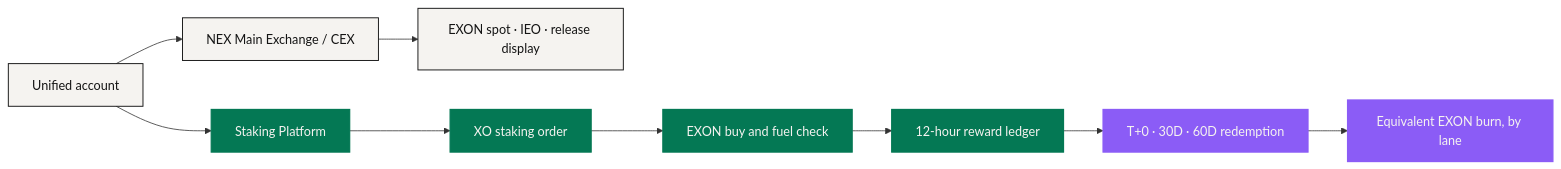
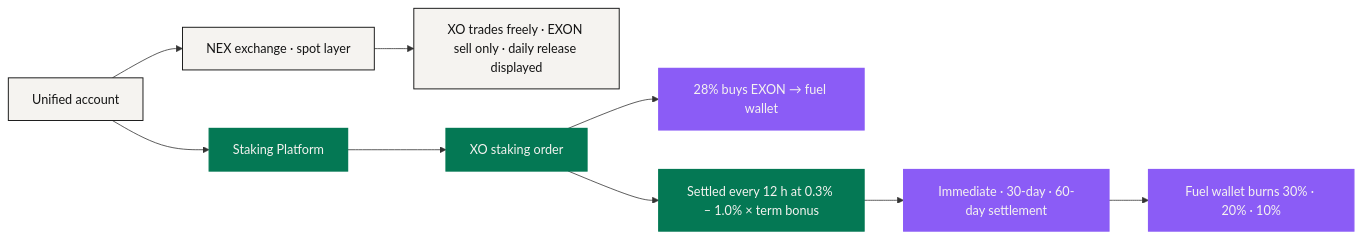
Before and after one commit to NEXONMarkets/NEXON-Whitepaper: the diagram in docs/en/03-architecture/trust-and-bonding.md, drawn with Mermaid. The commit also changed other lines of this file and 79 other files, not shown here.

````diff
--- a/docs/en/03-architecture/trust-and-bonding.md
+++ b/docs/en/03-architecture/trust-and-bonding.md
@@ -14,17 +14,17 @@
 ```mermaid
 flowchart LR
-    A["Unified account"] --> E["NEX Main Exchange / CEX"]
+    A["Unified account"] --> E["NEX exchange · spot layer"]
     A --> S["Staking Platform"]
-    E --> X["EXON spot · IEO · release display"]
+    E --> X["XO trades freely · EXON sell only · daily release displayed"]
     S --> O["XO staking order"]
-    O --> F["EXON buy and fuel check"]
-    F --> R["12-hour reward ledger"]
-    R --> D["T+0 · 30D · 60D redemption"]
-    D --> B["Equivalent EXON burn, by lane"]
+    O --> F["28% buys EXON → fuel wallet"]
+    O --> R["Settled every 12 h at 0.3% – 1.0% × term bonus"]
+    R --> D["Immediate · 30-day · 60-day settlement"]
+    D --> B["Fuel wallet burns 30% · 20% · 10%"]
     classDef anchor fill:#047854,stroke:#047854,stroke-width:1.5px,color:#F5F3F0
     classDef engine fill:#8B5CF6,stroke:#8B5CF6,stroke-width:1.5px,color:#F5F3F0
-    classDef solid  fill:#F5F3F0,stroke:#141414,stroke-width:1.2px,color:#141414
+    classDef solid fill:#F5F3F0,stroke:#141414,stroke-width:1.2px,color:#141414
     class A,E,X solid
-    class S,O,F,R anchor
-    class D,B engine
+    class S,O,R anchor
+    class F,D,B engine
 ```
````
